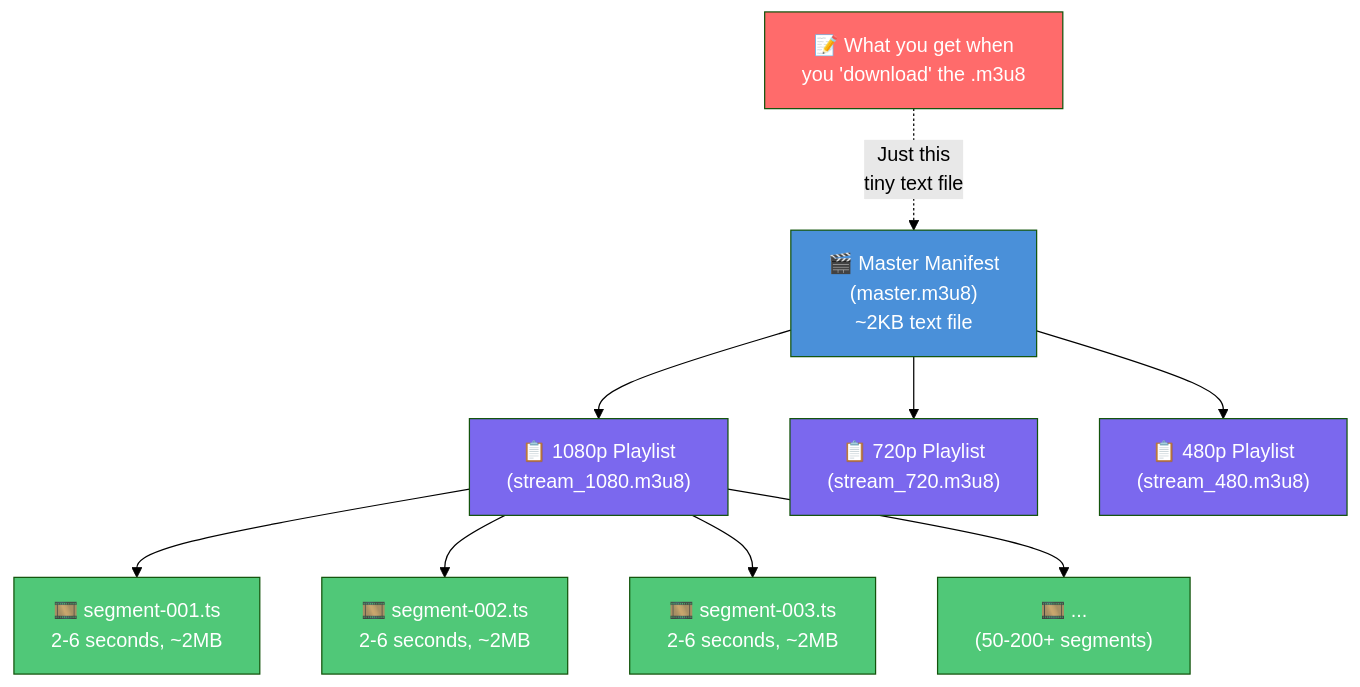
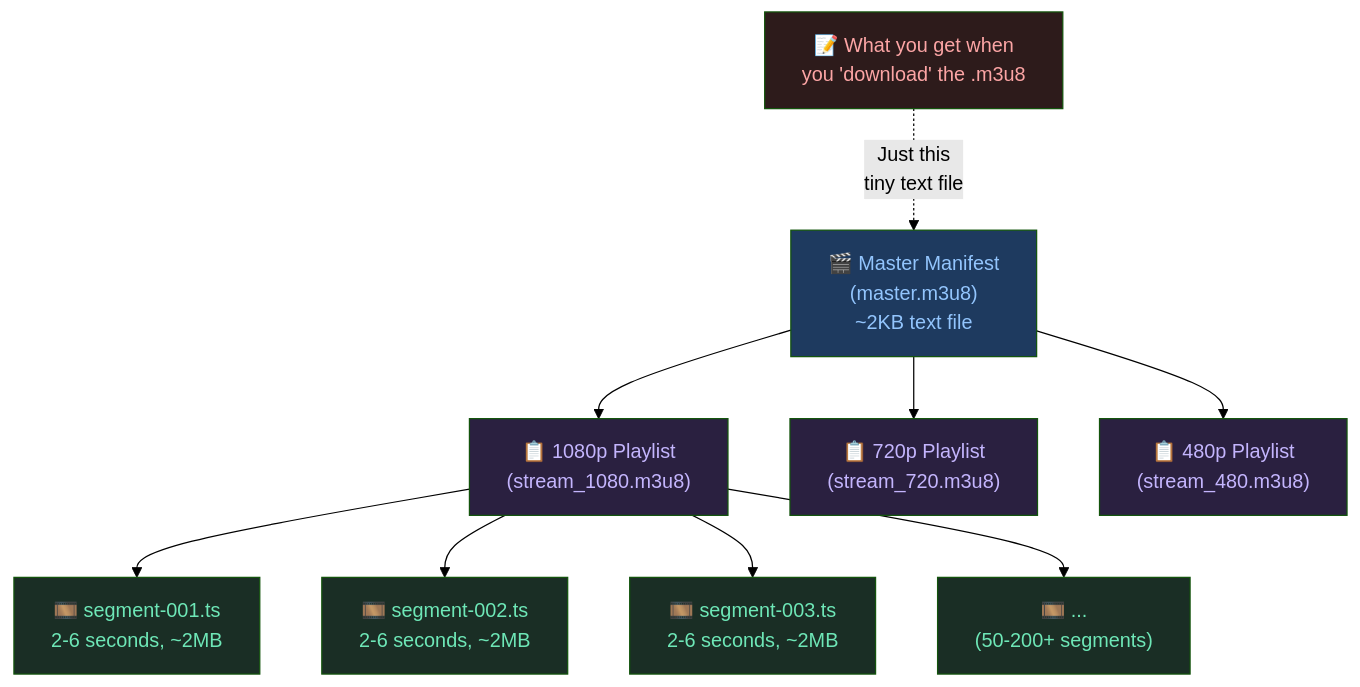
One commit to Monisankarnath/monisankarnath-portfolio changed the second of 13 diagrams in src/content/case-studies/expo-video-ios-offline-caching.md. Above: the diagram before and after it, drawn with Mermaid (forest theme). The commit also changed other lines of this file and 19 other files, not shown here.

Commit message:
chore: mermaid build and listing revamp

````diff
--- a/src/content/case-studies/expo-video-ios-offline-caching.md
+++ b/src/content/case-studies/expo-video-ios-offline-caching.md
@@ -80,23 +82,23 @@
 ```mermaid
 graph TD
-    A["🎬 Master Manifest\n(master.m3u8)\n~2KB text file"] --> B["📋 1080p Playlist\n(stream_1080.m3u8)"]
-    A --> C["📋 720p Playlist\n(stream_720.m3u8)"]
-    A --> D["📋 480p Playlist\n(stream_480.m3u8)"]
+    A["🎬 Master Manifest<br/>(master.m3u8)<br/>~2KB text file"] --> B["📋 1080p Playlist<br/>(stream_1080.m3u8)"]
+    A --> C["📋 720p Playlist<br/>(stream_720.m3u8)"]
+    A --> D["📋 480p Playlist<br/>(stream_480.m3u8)"]
 
-    B --> E["🎞️ segment-001.ts\n2-6 seconds, ~2MB"]
-    B --> F["🎞️ segment-002.ts\n2-6 seconds, ~2MB"]
-    B --> G["🎞️ segment-003.ts\n2-6 seconds, ~2MB"]
-    B --> H["🎞️ ...\n(50-200+ segments)"]
+    B --> E["🎞️ segment-001.ts<br/>2-6 seconds, ~2MB"]
+    B --> F["🎞️ segment-002.ts<br/>2-6 seconds, ~2MB"]
+    B --> G["🎞️ segment-003.ts<br/>2-6 seconds, ~2MB"]
+    B --> H["🎞️ ...<br/>(50-200+ segments)"]
 
-    I["📝 What you get when\nyou 'download' the .m3u8"] -.->|"Just this\ntiny text file"| A
+    I["📝 What you get when<br/>you 'download' the .m3u8"] -.->|"Just this<br/>tiny text file"| A
 
-    style A fill:#4A90D9,color:#fff
-    style B fill:#7B68EE,color:#fff
-    style C fill:#7B68EE,color:#fff
-    style D fill:#7B68EE,color:#fff
-    style E fill:#50C878,color:#fff
-    style F fill:#50C878,color:#fff
-    style G fill:#50C878,color:#fff
-    style H fill:#50C878,color:#fff
-    style I fill:#FF6B6B,color:#fff
+    style A fill:#1e3a5f,color:#93c5fd
+    style B fill:#2a2040,color:#c4b5fd
+    style C fill:#2a2040,color:#c4b5fd
+    style D fill:#2a2040,color:#c4b5fd
+    style E fill:#1a2e25,color:#6ee7b7
+    style F fill:#1a2e25,color:#6ee7b7
+    style G fill:#1a2e25,color:#6ee7b7
+    style H fill:#1a2e25,color:#6ee7b7
+    style I fill:#2d1b1b,color:#fca5a5
 ```
````
